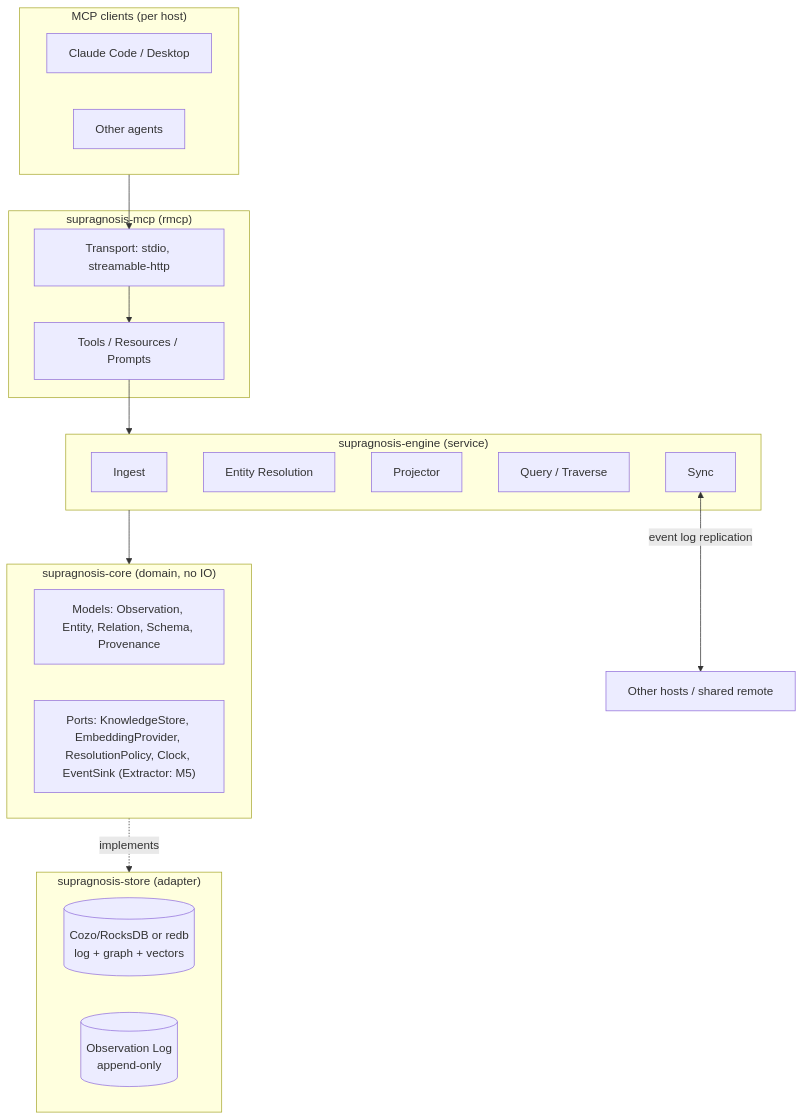
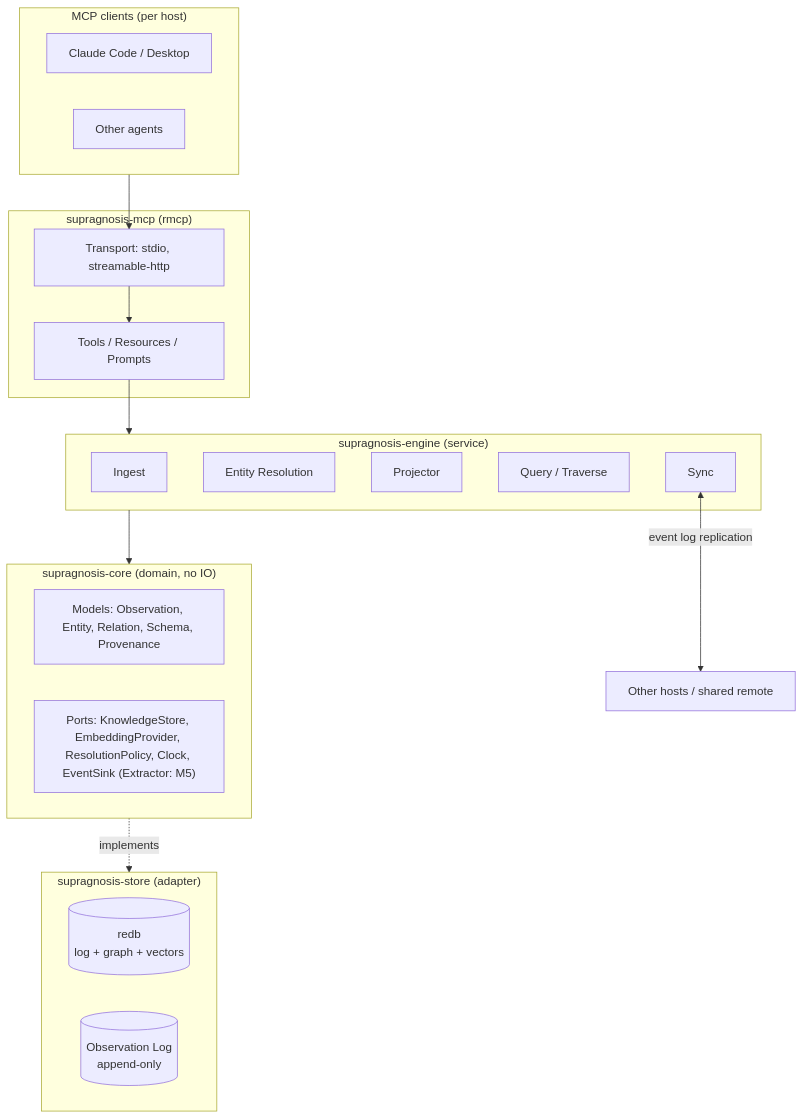
One commit to Ashon/supragnosis changed the first of 3 diagrams in docs/architecture.md. Above: the diagram before and after it, drawn with Mermaid. The commit also changed other lines of this file and 18 other files, not shown here.

First line of the commit message:
feat(store,cli)!: redb is the store; cozo and its C++ bridge are gone

````diff
--- a/docs/architecture.md
+++ b/docs/architecture.md
@@ -98,30 +98,30 @@
 ```mermaid
 flowchart TB
     subgraph Clients["MCP clients (per host)"]
         C1["Claude Code / Desktop"]
         C2["Other agents"]
     end
     subgraph MCP["supragnosis-mcp (rmcp)"]
         T["Tools / Resources / Prompts"]
         TR["Transport: stdio, streamable-http"]
     end
     subgraph Engine["supragnosis-engine (service)"]
         ING["Ingest"]
         RES["Entity Resolution"]
         PRJ["Projector"]
         QRY["Query / Traverse"]
         SYN["Sync"]
     end
     subgraph Core["supragnosis-core (domain, no IO)"]
         M["Models: Observation, Entity, Relation, Schema, Provenance"]
         P["Ports: KnowledgeStore, EmbeddingProvider, ResolutionPolicy, Clock, EventSink (Extractor: M5)"]
     end
     subgraph Store["supragnosis-store (adapter)"]
-        DB[("Cozo/RocksDB or redb\nlog + graph + vectors")]
+        DB[("redb\nlog + graph + vectors")]
         LOG[("Observation Log\nappend-only")]
     end
     Clients --> TR --> T --> Engine
     Engine --> Core
     Core -. implements .-> Store
     SYN <-->|"event log replication"| Peers["Other hosts / shared remote"]
 ```
````
